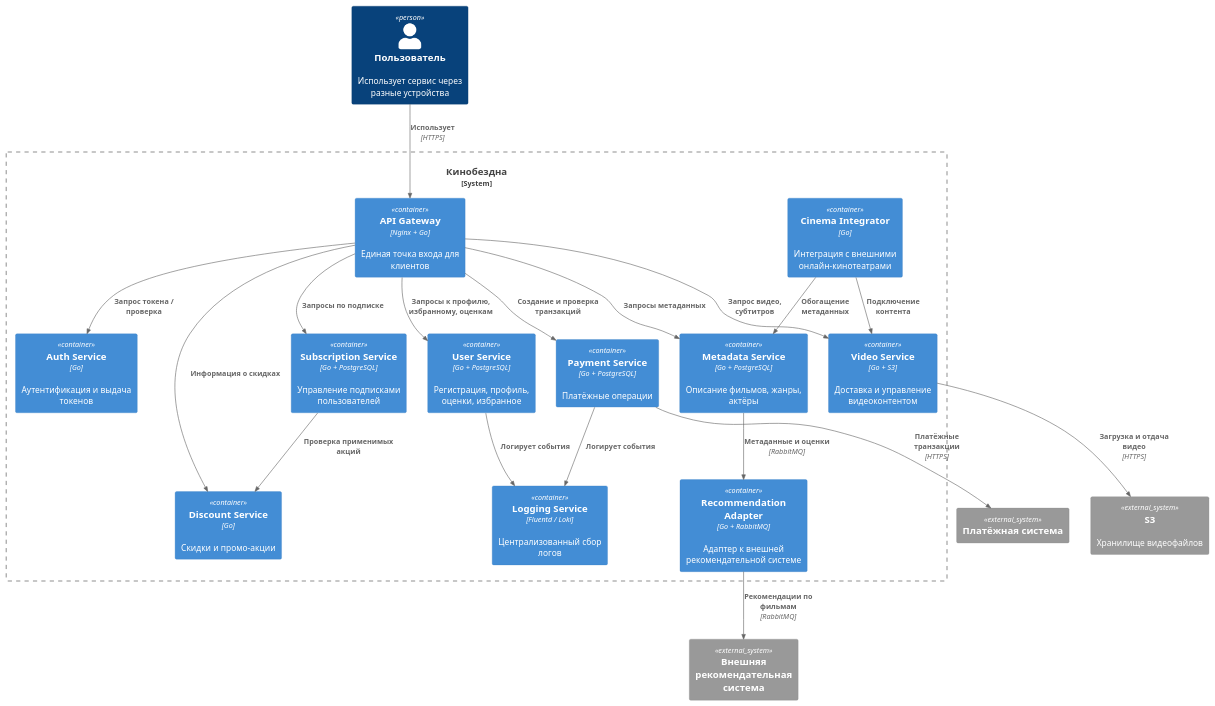
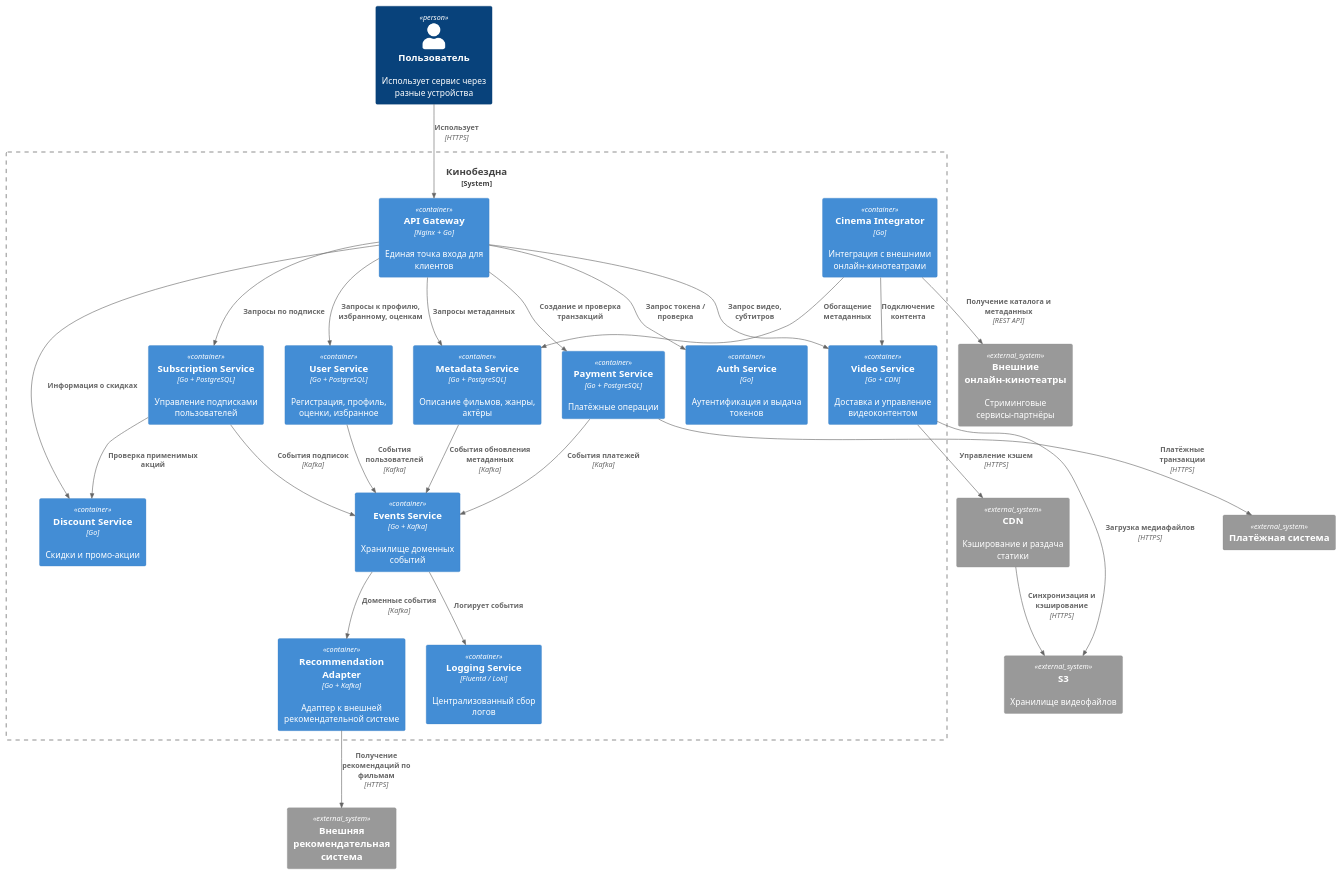
The diagram in docs/diagrams/containers.puml (asuran/architecture-cinemaabyss), drawn with PlantUML before and after one commit.

Commit message:
Update containers diagram

```diff
--- a/docs/diagrams/containers.puml
+++ b/docs/diagrams/containers.puml
@@ -1,46 +1,58 @@
 @startuml
 !include <C4/C4_Container>
 
 Person(user, "Пользователь", "Использует сервис через разные устройства")
 
 System_Boundary(c1, "Кинобездна") {
   Container(api, "API Gateway", "Nginx + Go", "Единая точка входа для клиентов")
   Container(auth, "Auth Service", "Go", "Аутентификация и выдача токенов")
   Container(userSvc, "User Service", "Go + PostgreSQL", "Регистрация, профиль, оценки, избранное")
   Container(metadataSvc, "Metadata Service", "Go + PostgreSQL", "Описание фильмов, жанры, актёры")
-  Container(videoSvc, "Video Service", "Go + S3", "Доставка и управление видеоконтентом")
+  Container(videoSvc, "Video Service", "Go + CDN", "Доставка и управление видеоконтентом")
   Container(subscriptionSvc, "Subscription Service", "Go + PostgreSQL", "Управление подписками пользователей")
   Container(discountSvc, "Discount Service", "Go", "Скидки и промо-акции")
   Container(paymentSvc, "Payment Service", "Go + PostgreSQL", "Платёжные операции")
-  Container(recommendationAdapter, "Recommendation Adapter", "Go + RabbitMQ", "Адаптер к внешней рекомендательной системе")
+  Container(eventsSvc, "Events Service", "Go + Kafka", "Хранилище доменных событий")
+  Container(recommendationAdapter, "Recommendation Adapter", "Go + Kafka", "Адаптер к внешней рекомендательной системе")
   Container(integrator, "Cinema Integrator", "Go", "Интеграция с внешними онлайн-кинотеатрами")
   Container(logging, "Logging Service", "Fluentd / Loki", "Централизованный сбор логов")
 }
 
 System_Ext(recommendation, "Внешняя рекомендательная система")
 System_Ext(paymentSystem, "Платёжная система")
+System_Ext(cdn, "CDN", "Кэширование и раздача статики")
 System_Ext(s3, "S3", "Хранилище видеофайлов")
+System_Ext(externalStreaming, "Внешние онлайн-кинотеатры", "Стриминговые сервисы-партнёры")
 
 Rel(user, api, "Использует", "HTTPS")
 Rel(api, auth, "Запрос токена / проверка")
 Rel(api, userSvc, "Запросы к профилю, избранному, оценкам")
 Rel(api, metadataSvc, "Запросы метаданных")
 Rel(api, videoSvc, "Запрос видео, субтитров")
 Rel(api, subscriptionSvc, "Запросы по подписке")
 Rel(api, discountSvc, "Информация о скидках")
 Rel(api, paymentSvc, "Создание и проверка транзакций")
 
 Rel(subscriptionSvc, discountSvc, "Проверка применимых акций")
 Rel(paymentSvc, paymentSystem, "Платёжные транзакции", "HTTPS")
 
-Rel(metadataSvc, recommendationAdapter, "Метаданные и оценки", "RabbitMQ")
-Rel(recommendationAdapter, recommendation, "Рекомендации по фильмам", "RabbitMQ")
+Rel(metadataSvc, eventsSvc, "События обновления метаданных", "Kafka")
+Rel(userSvc, eventsSvc, "События пользователей", "Kafka")
+Rel(paymentSvc, eventsSvc, "События платежей", "Kafka")
+Rel(subscriptionSvc, eventsSvc, "События подписок", "Kafka")
 
-Rel(videoSvc, s3, "Загрузка и отдача видео", "HTTPS")
-Rel(userSvc, logging, "Логирует события")
-Rel(paymentSvc, logging, "Логирует события")
+Rel(eventsSvc, recommendationAdapter, "Доменные события", "Kafka")
+Rel(recommendationAdapter, recommendation, "Получение рекомендаций по фильмам", "HTTPS")
+
+Rel(videoSvc, s3, "Загрузка медиафайлов", "HTTPS")
+Rel(cdn, s3, "Синхронизация и кэширование", "HTTPS")
+Rel(videoSvc, cdn, "Управление кэшем", "HTTPS")
+
+Rel(eventsSvc, logging, "Логирует события")
 
 Rel(integrator, metadataSvc, "Обогащение метаданных")
 Rel(integrator, videoSvc, "Подключение контента")
 
+Rel(integrator, externalStreaming, "Получение каталога и метаданных", "REST API")
+
 @enduml
```
